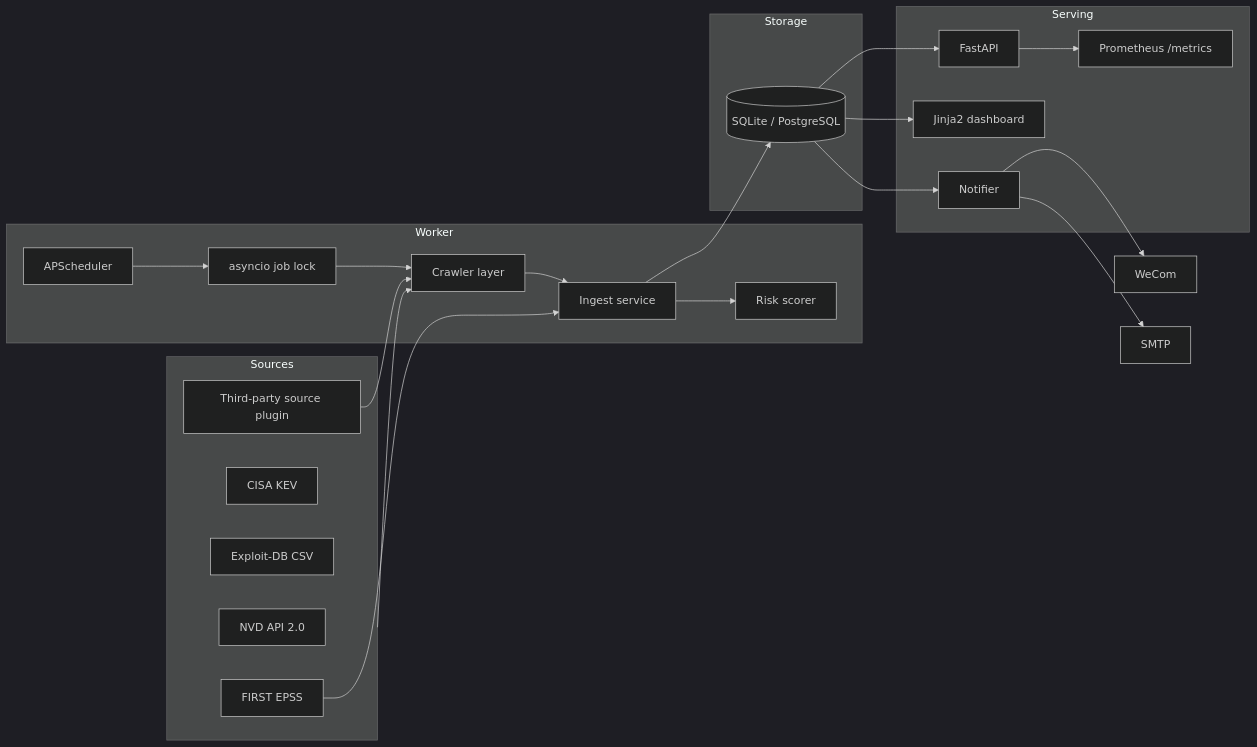
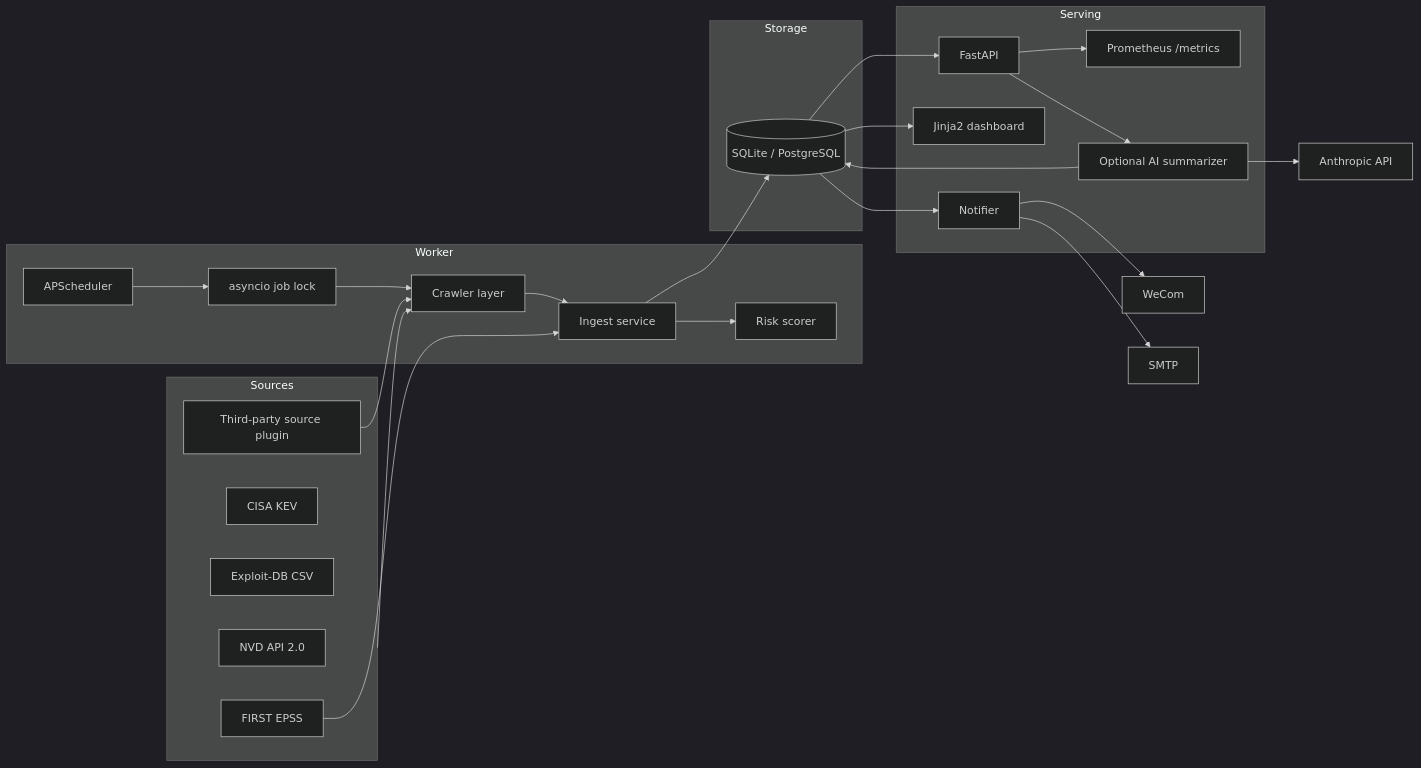
One commit to 1233223z/VulPulse changed the first of 2 diagrams in docs/architecture.md. Above: the diagram before and after it, drawn with Mermaid (dark theme). The commit also changed other lines of this file and 4 other files, not shown here.

````diff
--- a/docs/architecture.md
+++ b/docs/architecture.md
@@ -28,44 +28,50 @@
 ```mermaid
 flowchart LR
     subgraph Sources
         NVD[NVD API 2.0]
         KEV[CISA KEV]
         EDB[Exploit-DB CSV]
         EPSS[FIRST EPSS]
         PLUGIN[Third-party source plugin]
     end
 
     subgraph Worker
         SCH[APScheduler]
         LOCK[asyncio job lock]
         CRAWL[Crawler layer]
         INGEST[Ingest service]
         SCORE[Risk scorer]
     end
 
     subgraph Storage
         DB[(SQLite / PostgreSQL)]
     end
 
     subgraph Serving
         API[FastAPI]
         WEB[Jinja2 dashboard]
         METRICS[Prometheus /metrics]
         NOTIFY[Notifier]
+        AI[Optional AI summarizer]
     end
+
+    LLM[Anthropic API]
 
     SCH --> LOCK
     LOCK --> CRAWL
     Sources --> CRAWL
     PLUGIN --> CRAWL
     CRAWL --> INGEST
     INGEST --> DB
     INGEST --> SCORE
     EPSS --> INGEST
     DB --> API
     DB --> WEB
     API --> METRICS
+    API --> AI
+    AI --> LLM
+    AI --> DB
     DB --> NOTIFY
     NOTIFY --> WECOM[WeCom]
     NOTIFY --> SMTP[SMTP]
 ```
````
